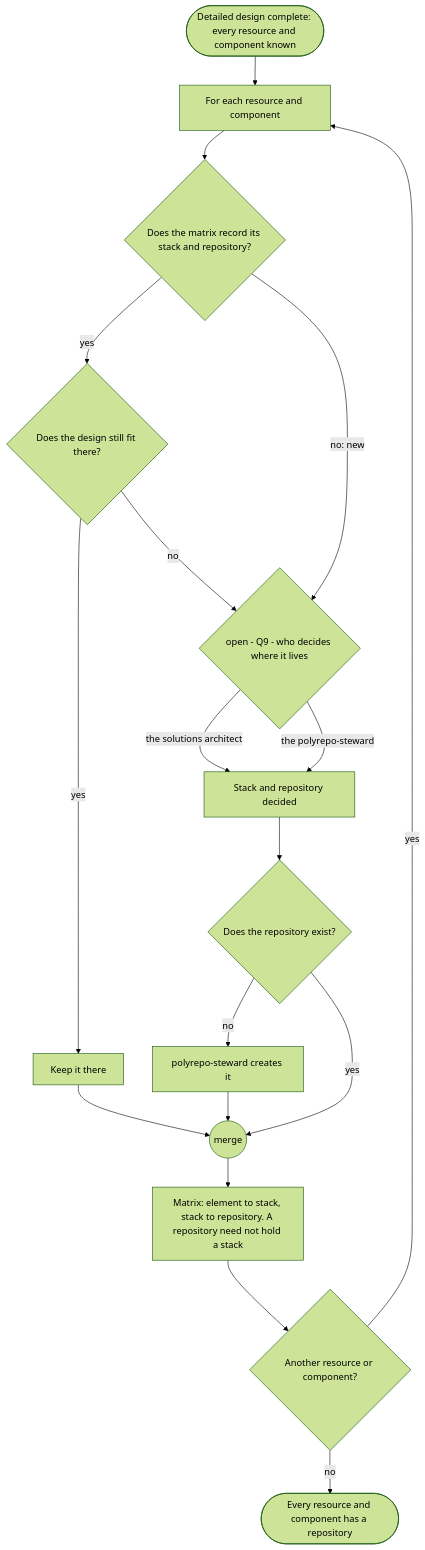
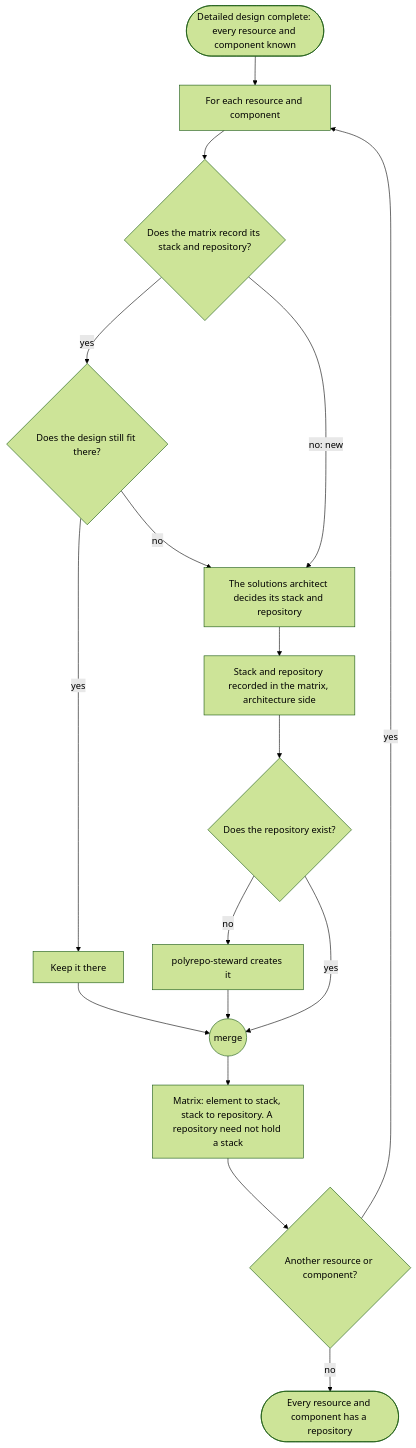
The fifth of 8 diagrams in plugins/agent-teams-workforce/blueprint/design/pipelines-elaboration.md (mark-satterfield/toolset), drawn with Mermaid (forest theme) before and after one commit. The commit also changed other lines of this file and 8 other files, not shown here.

First line of the commit message:
feat(agent-teams-workforce): architecture reads the PRD always and places elements after the detailed design

````diff
--- a/plugins/agent-teams-workforce/blueprint/design/pipelines-elaboration.md
+++ b/plugins/agent-teams-workforce/blueprint/design/pipelines-elaboration.md
@@ -379,20 +382,19 @@
 ```mermaid
 flowchart TD
     s(["Detailed design complete: every resource and component known"]) --> each["For each resource and component"]
     each --> known{"Does the matrix record its stack and repository?"}
     known -->|"yes"| fit{"Does the design still fit there?"}
     fit -->|"yes"| keep["Keep it there"]
     fit -->|"no"| place
-    known -->|"no: new"| place{"open - Q9 - who decides where it lives"}
-    place -->|"the solutions architect"| decide["Stack and repository decided"]
-    place -->|"the polyrepo-steward"| decide
+    known -->|"no: new"| place["The solutions architect decides its stack and repository"]
+    place --> decide["Stack and repository recorded in the matrix, architecture side"]
     decide --> newRepo{"Does the repository exist?"}
     newRepo -->|"no"| create["polyrepo-steward creates it"]
     newRepo -->|"yes"| m(("merge"))
     create --> m
     keep --> m
     m --> rec["Matrix: element to stack, stack to repository. A repository need not hold a stack"]
     rec --> next{"Another resource or component?"}
     next -->|"yes"| each
     next -->|"no"| e(["Every resource and component has a repository"])
 ```
````
